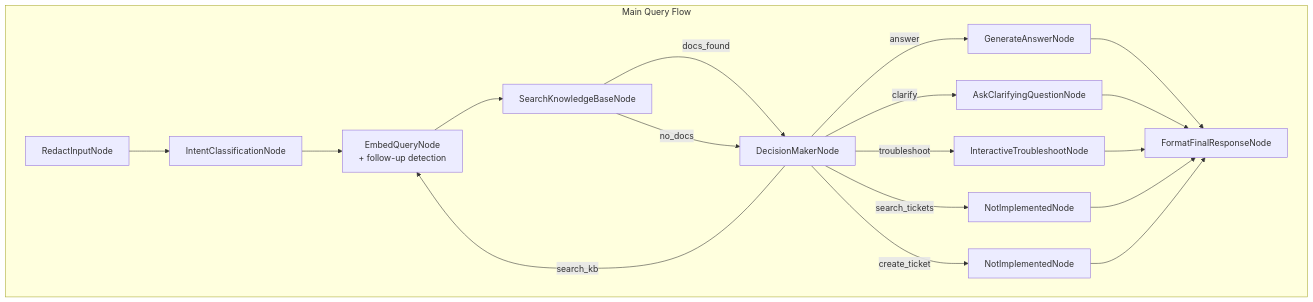
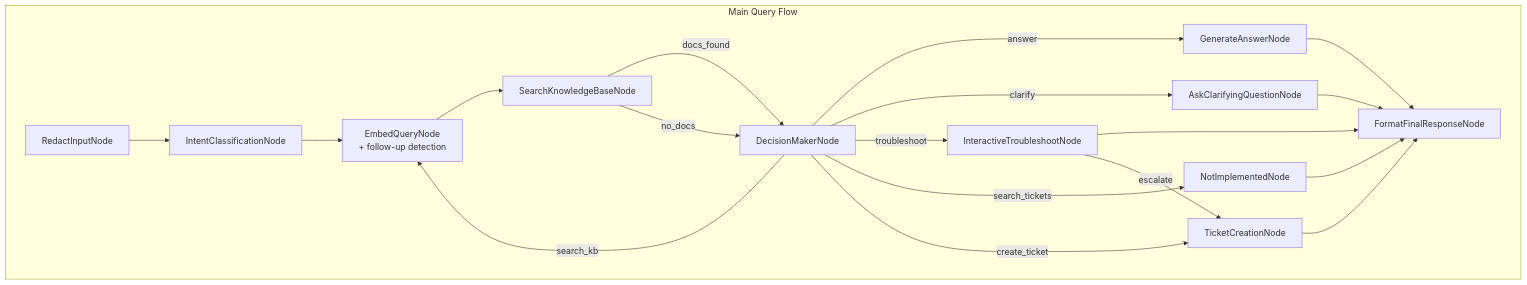
Before and after one commit to mitmarcus/agentic_it: the first of 3 diagrams in docs/design.md, drawn with Mermaid. The commit also changed other lines of this file, not shown here.

Commit message:
fix: update design document to include implemented TicketCreationNode

````diff
--- a/docs/design.md
+++ b/docs/design.md
@@ -100,23 +100,24 @@
 ```mermaid
 flowchart TD
     subgraph QueryFlow["Main Query Flow"]
         A[RedactInputNode] --> B[IntentClassificationNode]
         B --> C[EmbedQueryNode<br/>+ follow-up detection]
         C --> D[SearchKnowledgeBaseNode]
         D -->|docs_found| E[DecisionMakerNode]
         D -->|no_docs| E
 
         E -->|answer| F[GenerateAnswerNode]
         E -->|clarify| G[AskClarifyingQuestionNode]
         E -->|search_kb| C
         E -->|troubleshoot| H[InteractiveTroubleshootNode]
         E -->|search_tickets| I[NotImplementedNode]
-        E -->|create_ticket| J[NotImplementedNode]
+        E -->|create_ticket| J[TicketCreationNode]
 
         F --> K[FormatFinalResponseNode]
         G --> K
         H --> K
         I --> K
         J --> K
+        H -->|escalate| J
     end
 ```
````
